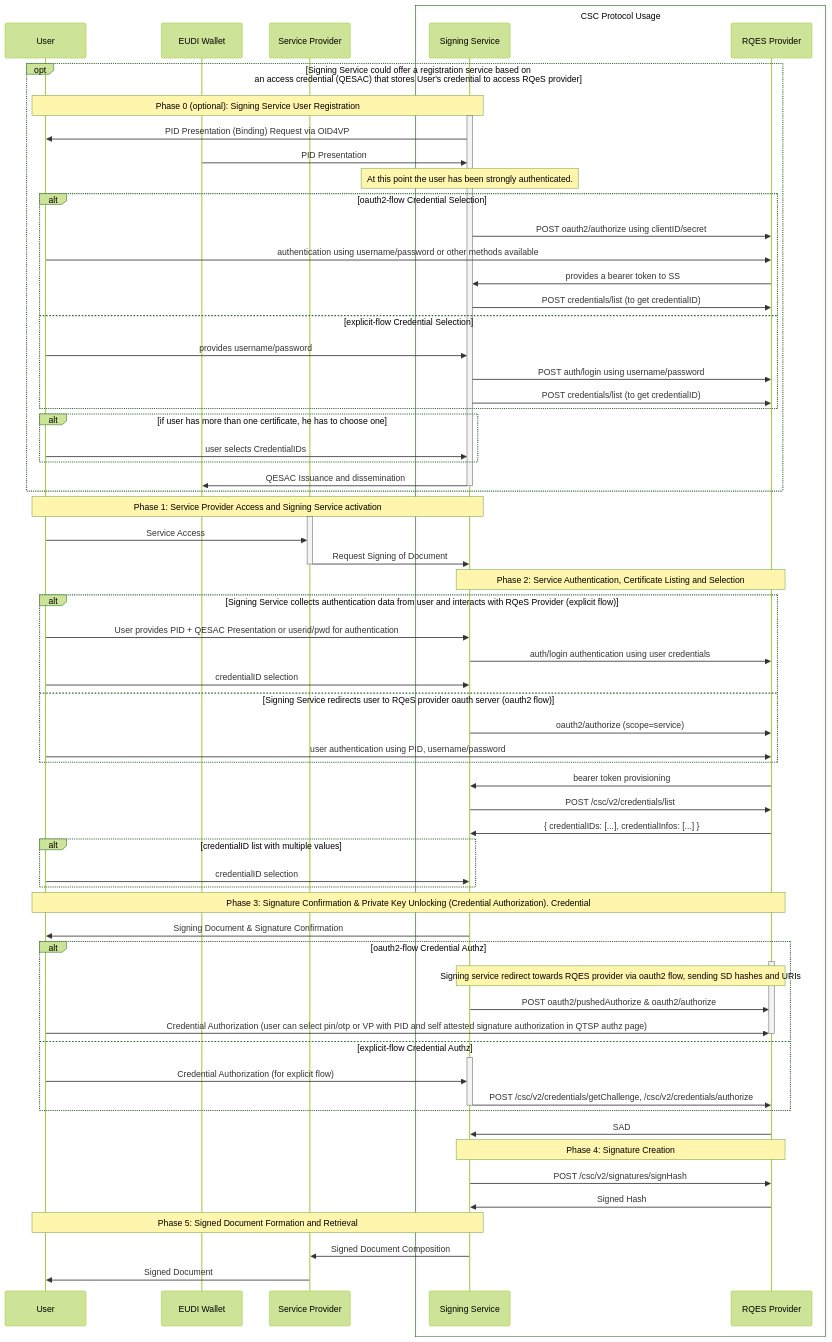
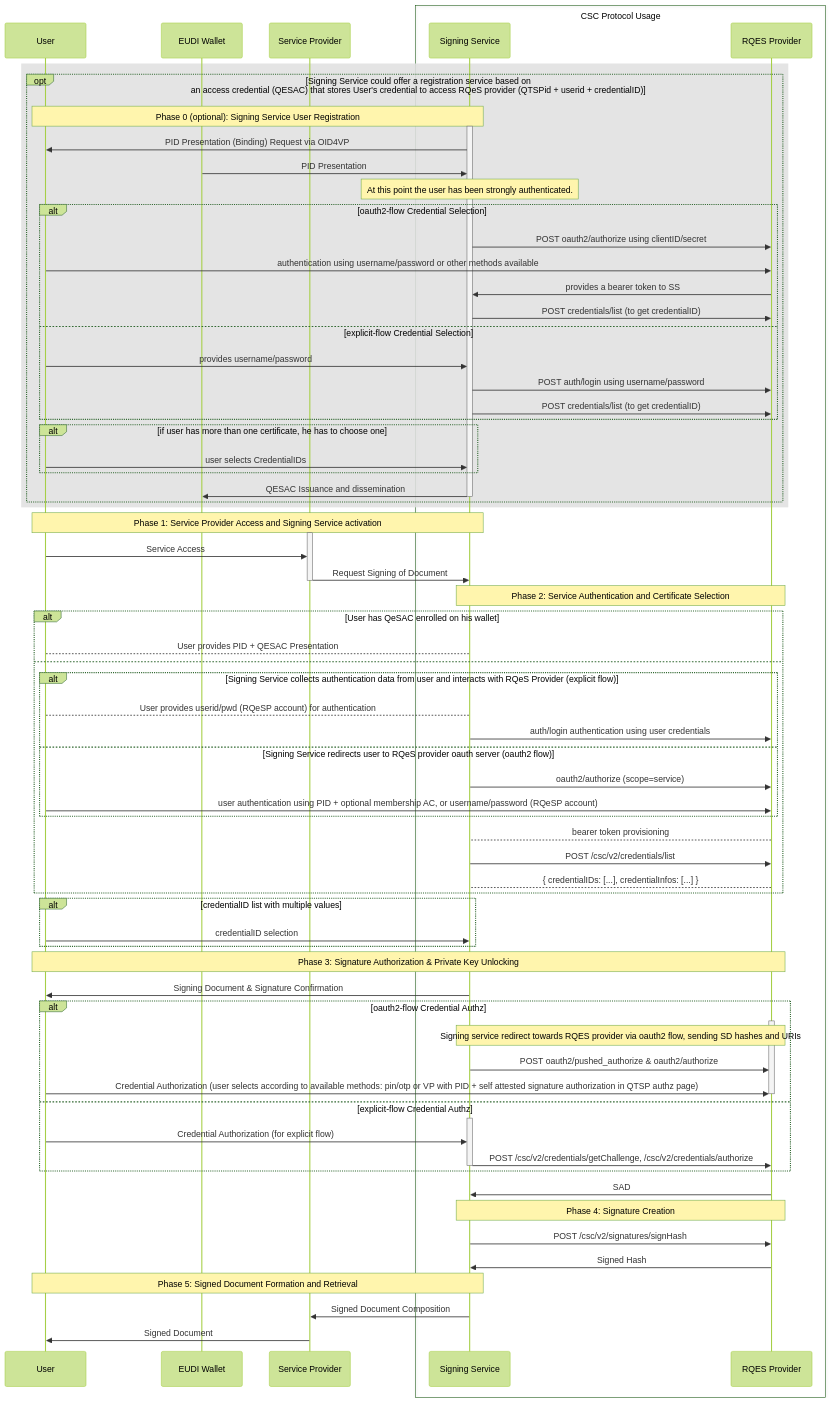
The first of 7 diagrams in ewc-rfc010-long-term-certifice-qes-creation.md (EWC-consortium/eudi-wallet-rfcs), drawn with Mermaid (forest theme) before and after one commit. The commit also changed other lines of this file, not shown here.

```diff
--- a/ewc-rfc010-long-term-certifice-qes-creation.md
+++ b/ewc-rfc010-long-term-certifice-qes-creation.md
@@ -94,7 +98,8 @@
     participant RQES Provider
     end
     
-    opt Signing Service could offer a registration service based on <br/>an access credential (QESAC) that stores User's credential to access RQeS provider
+  rect rgba(225, 225, 225, 0.88)
+    opt Signing Service could offer a registration service based on <br/>an access credential (QESAC) that stores User's credential to access RQeS provider (QTSPid + userid + credentialID)
     Note over User, Signing Service: Phase 0 (optional): Signing Service User Registration
       activate Signing Service
       Signing Service->>User: PID Presentation (Binding) Request via OID4VP
@@ -116,6 +121,7 @@
     Signing Service->>EUDI Wallet: QESAC Issuance and dissemination
     deactivate Signing Service
     end
+  end
 
     Note over User, Signing Service: Phase 1: Service Provider Access and Signing Service activation
     activate Service Provider
@@ -123,32 +129,34 @@
     Service Provider->>Signing Service: Request Signing of Document
     deactivate Service Provider
     
-    Note over Signing Service, RQES Provider: Phase 2: Service Authentication, Certificate Listing and Selection
-
-
-    alt Signing Service collects authentication data from user and interacts with RQeS Provider (explicit flow)
-      User->>Signing Service: User provides PID + QESAC Presentation or userid/pwd for authentication  
-      Signing Service->>RQES Provider: auth/login authentication using user credentials
-      User->>Signing Service: credentialID selection
-    else Signing Service redirects user to RQeS provider oauth server (oauth2 flow)
-      Signing Service->>RQES Provider: oauth2/authorize (scope=service)
-      User->>RQES Provider: user authentication using PID, username/password
+    Note over Signing Service, RQES Provider: Phase 2: Service Authentication and Certificate Selection
+    alt User has QeSAC enrolled on his wallet
+      User-->Signing Service: User provides PID + QESAC Presentation 
+    else 
+      alt Signing Service collects authentication data from user and interacts with RQeS Provider (explicit flow)
+        User-->Signing Service: User provides userid/pwd (RQeSP account) for authentication  
+        Signing Service->>RQES Provider: auth/login authentication using user credentials
+      else Signing Service redirects user to RQeS provider oauth server (oauth2 flow)
+        Signing Service->>RQES Provider: oauth2/authorize (scope=service)
+        User->>RQES Provider: user authentication using PID + optional membership AC, or username/password (RQeSP account)
+      end 
+      RQES Provider-->Signing Service: bearer token provisioning
+      Signing Service->>RQES Provider: POST /csc/v2/credentials/list
+      RQES Provider-->Signing Service: { credentialIDs: [...], credentialInfos: [...] }
     end
-    RQES Provider->>Signing Service: bearer token provisioning
-    Signing Service->>RQES Provider: POST /csc/v2/credentials/list
-    RQES Provider->>Signing Service: { credentialIDs: [...], credentialInfos: [...] }
-    alt credentialID list with multiple values
-      User->>Signing Service: credentialID selection 
+      alt credentialID list with multiple values
+        User->>Signing Service: credentialID selection
     end
 
-    Note over User, RQES Provider: Phase 3: Signature Confirmation & Private Key Unlocking (Credential Authorization). Credential 
+%% at this stage CredentialID has been set
+    Note over User, RQES Provider: Phase 3: Signature Authorization & Private Key Unlocking 
+
     Signing Service->>User: Signing Document & Signature Confirmation
-
     alt oauth2-flow Credential Authz
       activate RQES Provider
       Note over Signing Service,RQES Provider: Signing service redirect towards RQES provider via oauth2 flow, sending SD hashes and URIs
-      Signing Service->>RQES Provider: POST oauth2/pushedAuthorize & oauth2/authorize
-      User->>RQES Provider: Credential Authorization (user can select pin/otp or VP with PID and self attested signature authorization in QTSP authz page)
+      Signing Service->>RQES Provider: POST oauth2/pushed_authorize & oauth2/authorize
+      User->>RQES Provider: Credential Authorization (user selects according to available methods: pin/otp or VP with PID + self attested signature authorization in QTSP authz page)
       deactivate RQES Provider
     else explicit-flow Credential Authz
       activate Signing Service
```
